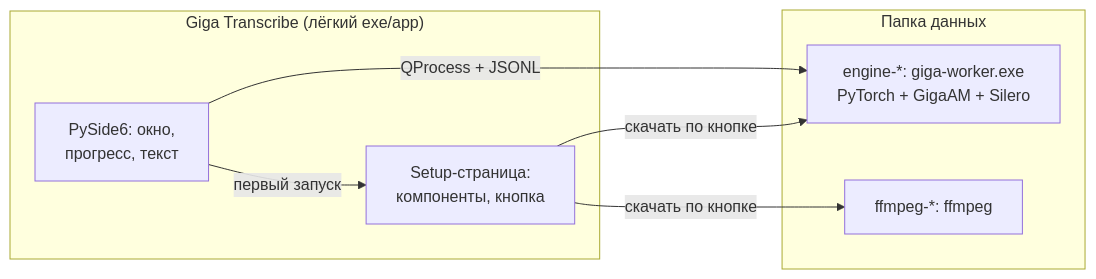
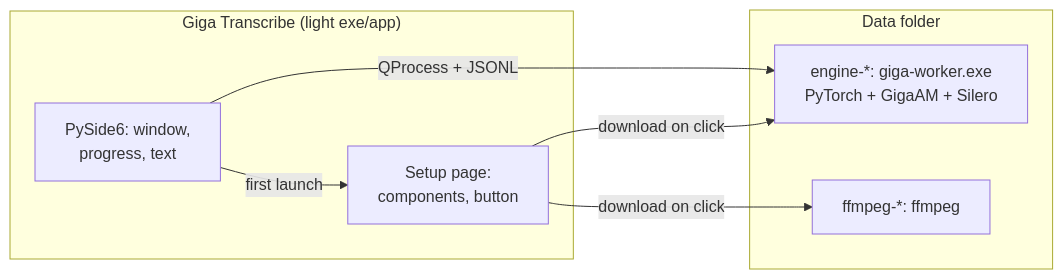
Before and after one commit to kwexz/GigaAM-UI: the first of 4 diagrams in README.md, drawn with Mermaid. The commit also changed other lines of this file and 1 other file, not shown here.

````diff
--- a/README.md
+++ b/README.md
@@ -27,15 +29,15 @@
 ```mermaid
 flowchart LR
-    subgraph app["Giga Transcribe (лёгкий exe/app)"]
-        UI[PySide6: окно,\nпрогресс, текст]
-        SETUP[Setup-страница:\nкомпоненты, кнопка]
+    subgraph app["Giga Transcribe (light exe/app)"]
+        UI[PySide6: window,\nprogress, text]
+        SETUP[Setup page:\ncomponents, button]
     end
-    subgraph data["Папка данных"]
+    subgraph data["Data folder"]
         ENG[engine-*: giga-worker.exe\nPyTorch + GigaAM + Silero]
         FF[ffmpeg-*: ffmpeg]
     end
-    UI -- "первый запуск" --> SETUP
-    SETUP -- "скачать по кнопке" --> ENG
-    SETUP -- "скачать по кнопке" --> FF
+    UI -- "first launch" --> SETUP
+    SETUP -- "download on click" --> ENG
+    SETUP -- "download on click" --> FF
     UI -- "QProcess + JSONL" --> ENG
 ```
````
